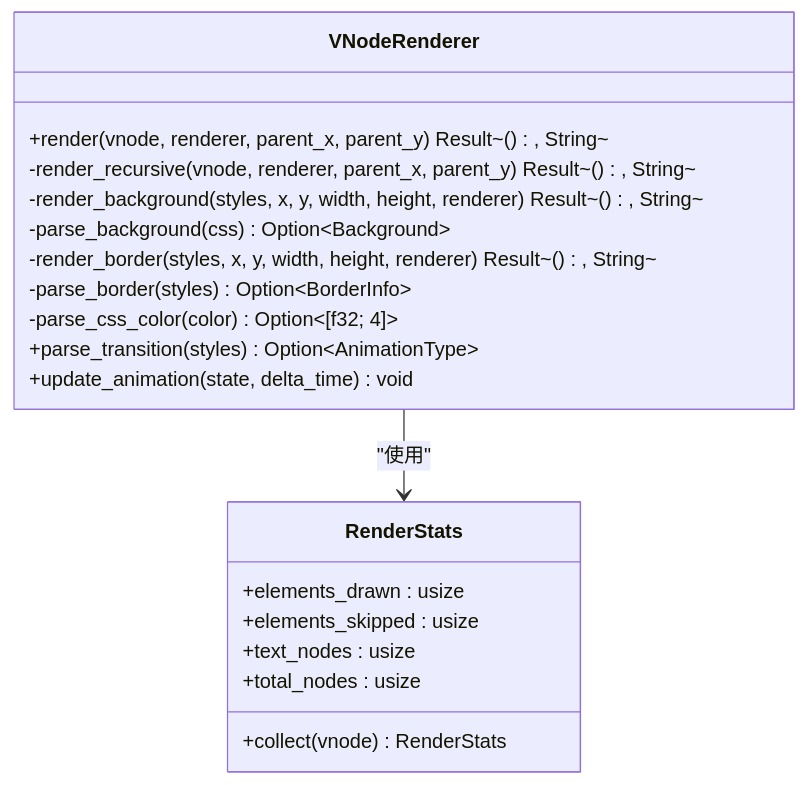
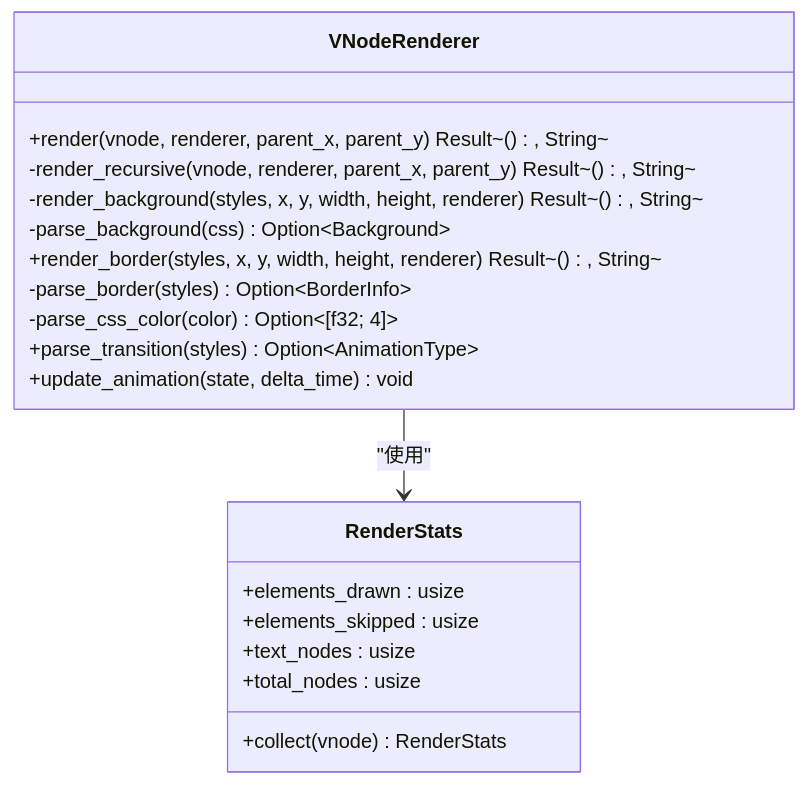
Diagram 12 of 15 in .qoder/repowiki/zh/content/技术架构详解/整体架构设计/Iris运行时协调器.md (itszzl-sudo/iris), drawn with Mermaid before and after one commit. The commit also changed other lines of this file and 9 other files, not shown here.

````diff
--- a/.qoder/repowiki/zh/content/技术架构详解/整体架构设计/Iris运行时协调器.md
+++ b/.qoder/repowiki/zh/content/技术架构详解/整体架构设计/Iris运行时协调器.md
@@ -789,22 +1030,22 @@
 ```mermaid
 classDiagram
 class VNodeRenderer {
 +render(vnode, renderer, parent_x, parent_y) Result~(), String~
 -render_recursive(vnode, renderer, parent_x, parent_y) Result~(), String~
 -render_background(styles, x, y, width, height, renderer) Result~(), String~
 -parse_background(css) Option~Background~
--render_border(styles, x, y, width, height, renderer) Result~(), String~
++render_border(styles, x, y, width, height, renderer) Result~(), String~
 -parse_border(styles) Option~BorderInfo~
 -parse_css_color(color) Option~[f32; 4]~
 +parse_transition(styles) Option~AnimationType~
 +update_animation(state, delta_time) void
 }
 class RenderStats {
 +elements_drawn : usize
 +elements_skipped : usize
 +text_nodes : usize
 +total_nodes : usize
 +collect(vnode) RenderStats
 }
 VNodeRenderer --> RenderStats : "使用"
 ```
````
